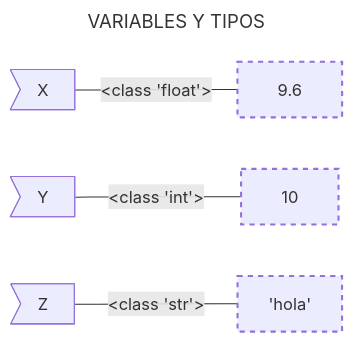
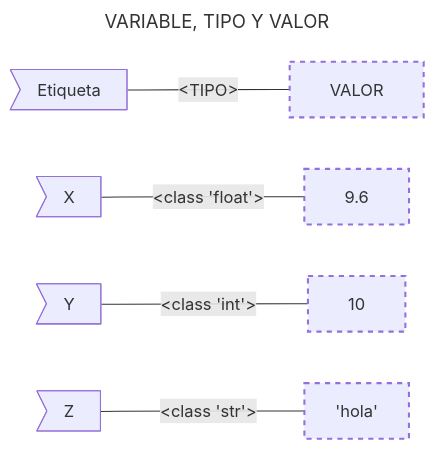
One commit to EniDev911/portfolio_crispy changed the diagram in _posts/lenguajes-de-programacion/python/1-basico/2022-01-02-variables-y-tipos-de-datos.md. Above: the diagram before and after it, drawn with Mermaid. The commit also changed other lines of this file and 5 other files, not shown here.

````diff
--- a/_posts/lenguajes-de-programacion/python/1-basico/2022-01-02-variables-y-tipos-de-datos.md
+++ b/_posts/lenguajes-de-programacion/python/1-basico/2022-01-02-variables-y-tipos-de-datos.md
@@ -33,12 +36,14 @@
 ```mermaid
 ---
-title: VARIABLES Y TIPOS
+title: VARIABLE, TIPO Y VALOR
 ---
 graph LR
+    a>"&nbsp;&nbsp;Etiqueta&nbsp;&nbsp;&nbsp;&nbsp;"] -- &lt;TIPO&gt; --- c["&nbsp;&nbsp;VALOR&nbsp;&nbsp;"]
     A>"&nbsp;&nbsp;X&nbsp;&nbsp;&nbsp;&nbsp;"] -- &lt;class 'float'&gt; --- B["&nbsp;&nbsp;9.6&nbsp;&nbsp;"]
     C>"&nbsp;&nbsp;Y&nbsp;&nbsp;&nbsp;&nbsp;"] -- &lt;class 'int'&gt; --- D["&nbsp;&nbsp;10&nbsp;&nbsp;"]
     E>"&nbsp;&nbsp;Z&nbsp;&nbsp;&nbsp;&nbsp;"] -- &lt;class 'str'&gt; --- F["'hola'"]
     style B stroke-width:2px,stroke-dasharray: 5 5
+    style c stroke-width:2px,stroke-dasharray: 5 5
     style D stroke-width:2px,stroke-dasharray: 5 5
     style F stroke-width:2px,stroke-dasharray: 5 5
 ```
````
